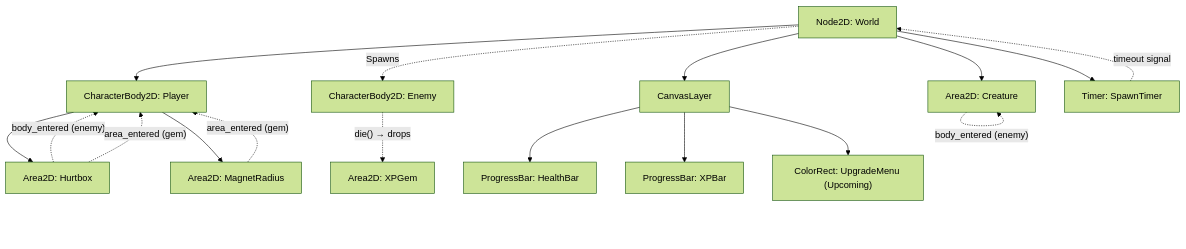
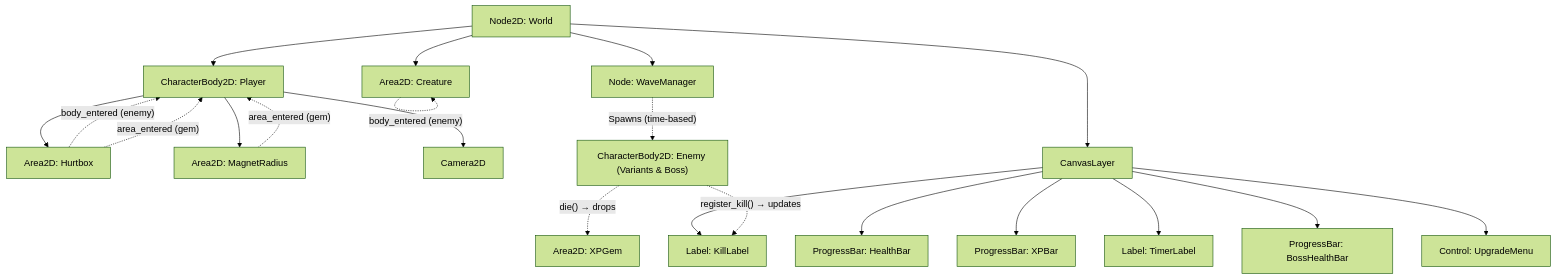
One commit to GameJutsu/vs-3 changed the diagram in ARCHITECTURE.md. Above: the diagram before and after it, drawn with Mermaid (forest theme). The commit also changed other lines of this file and 11 other files, not shown here.

````diff
--- a/ARCHITECTURE.md
+++ b/ARCHITECTURE.md
@@ -39,34 +39,41 @@
 ```mermaid
 graph TD
     World["Node2D: World"]
     Player["CharacterBody2D: Player"]
     Hurtbox["Area2D: Hurtbox"]
     Magnet["Area2D: MagnetRadius"]
     Creature["Area2D: Creature"]
-    Enemy["CharacterBody2D: Enemy"]
+    Enemy["CharacterBody2D: Enemy (Variants & Boss)"]
     Gem["Area2D: XPGem"]
     Canvas["CanvasLayer"]
     HPBar["ProgressBar: HealthBar"]
     XPBar["ProgressBar: XPBar"]
-    UpgradeMenu["ColorRect: UpgradeMenu (Upcoming)"]
-    Timer["Timer: SpawnTimer"]
+    KillLabel["Label: KillLabel"]
+    TimerLabel["Label: TimerLabel"]
+    BossHealthBar["ProgressBar: BossHealthBar"]
+    UpgradeMenu["Control: UpgradeMenu"]
+    WaveManager["Node: WaveManager"]
 
     World --> Player
     World --> Creature
-    World --> Timer
+    World --> WaveManager
     World --> Canvas
     Player --> Hurtbox
     Player --> Magnet
+    Player --> Camera2D
     Canvas --> HPBar
     Canvas --> XPBar
+    Canvas --> KillLabel
+    Canvas --> TimerLabel
+    Canvas --> BossHealthBar
     Canvas --> UpgradeMenu
 
-    Timer -.->|"timeout signal"| World
-    World -.->|"Spawns"| Enemy
+    WaveManager -.->|"Spawns (time-based)"| Enemy
     Enemy -.->|"die() → drops"| Gem
+    Enemy -.->|"register_kill() → updates"| KillLabel
 
     Hurtbox -.->|"body_entered (enemy)"| Player
     Hurtbox -.->|"area_entered (gem)"| Player
     Magnet -.->|"area_entered (gem)"| Player
     Creature -.->|"body_entered (enemy)"| Creature
 ```
````
